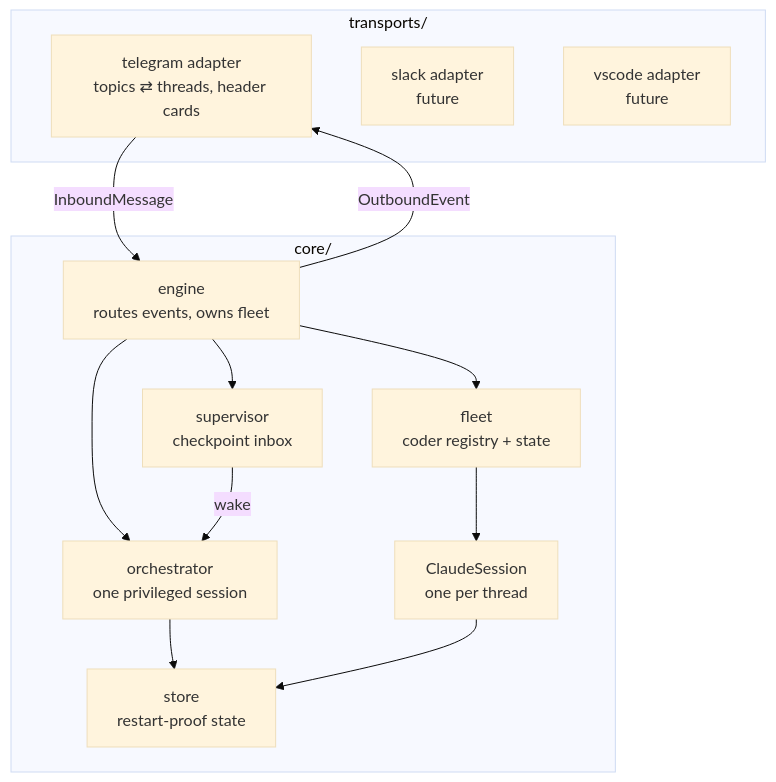
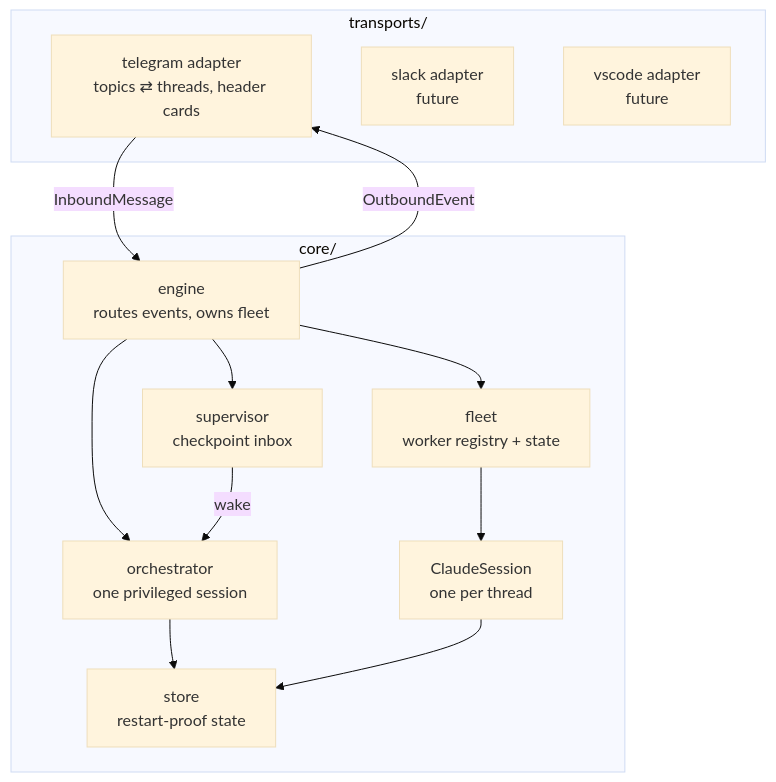
One commit to Dri-water/be-a-boss changed the first of 2 diagrams in docs/architecture.md. Above: the diagram before and after it, drawn with Mermaid (base theme). The commit also changed other lines of this file and 20 other files, not shown here.

````diff
--- a/docs/architecture.md
+++ b/docs/architecture.md
@@ -28,22 +28,22 @@
 ```mermaid
 flowchart TB
     subgraph transports/
         TG[telegram adapter<br/>topics ⇄ threads, header cards]
         SLACK[slack adapter<br/>future]
         VSC[vscode adapter<br/>future]
     end
     subgraph core/
         ENG[engine<br/>routes events, owns fleet]
         ORC[orchestrator<br/>one privileged session]
-        FLEET[fleet<br/>coder registry + state]
+        FLEET[fleet<br/>worker registry + state]
         CS[ClaudeSession<br/>one per thread]
         SUP[supervisor<br/>checkpoint inbox]
         ST[store<br/>restart-proof state]
     end
     TG -- InboundMessage --> ENG
     ENG -- OutboundEvent --> TG
     ENG --> ORC & FLEET & SUP
     FLEET --> CS
     SUP -- wake --> ORC
     ORC & CS --> ST
 ```
````
